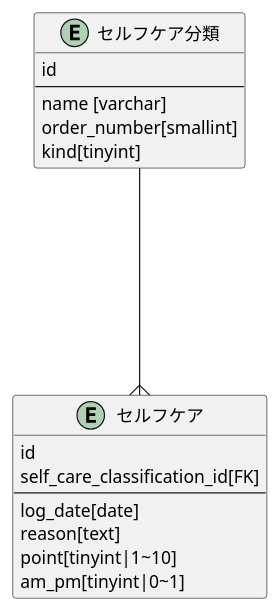
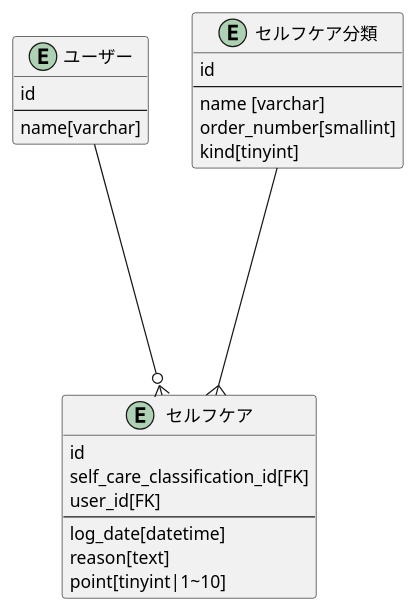
The diagram in docs/diagram/er.pu (suzuki-mar/sst_api), drawn with PlantUML before and after one commit. The commit also changed 87 other files, not shown here.

```diff
--- a/docs/diagram/er.pu
+++ b/docs/diagram/er.pu
@@ -1,23 +1,30 @@
 @startuml er
+
+entity "ユーザー" as user {
+  id 
+  --
+  name[varchar]
+}
 
 entity "セルフケア分類" as self_care_classification {
   id
   --
   name [varchar]
   order_number[smallint]
   kind[tinyint]
 }
 
 entity "セルフケア" as self_care {
   id
   self_care_classification_id[FK]
+  user_id[FK]
   --
-  log_date[date]
+  log_date[datetime]
   reason[text]
   point[tinyint|1~10]
-  am_pm[tinyint|0~1]
 }
 
 self_care_classification ----{ self_care
+user ----o{self_care
 
 @enduml
```
